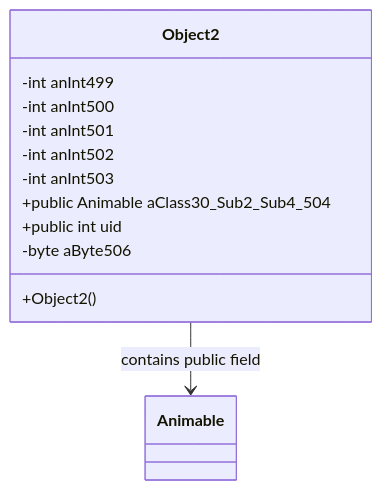
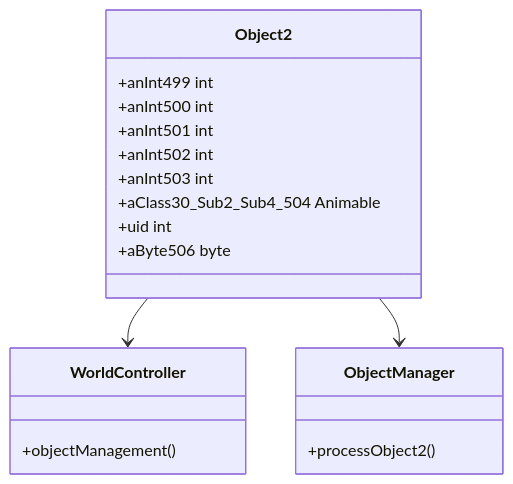
One commit to daxxog/solmud changed the diagram in bytecode/mapping/evidence/verified/Object2_OFQAEXFV.md. Above: the diagram before and after it, drawn with Mermaid. The commit also changed other lines of this file and 6 other files, not shown here.

````diff
--- a/bytecode/mapping/evidence/verified/Object2_OFQAEXFV.md
+++ b/bytecode/mapping/evidence/verified/Object2_OFQAEXFV.md
@@ -16,13 +17,15 @@
 ```mermaid
 classDiagram
-    Object2 --> Animable : contains public field
-    Object2 : +Object2()
-    Object2 : -int anInt499
-    Object2 : -int anInt500
-    Object2 : -int anInt501
-    Object2 : -int anInt502
-    Object2 : -int anInt503
-    Object2 : +public Animable aClass30_Sub2_Sub4_504
-    Object2 : +public int uid
-    Object2 : -byte aByte506
+    Object2 --> WorldController
+    Object2 --> ObjectManager
+    WorldController : +objectManagement()
+    ObjectManager : +processObject2()
+    Object2 : +anInt499 int
+    Object2 : +anInt500 int
+    Object2 : +anInt501 int
+    Object2 : +anInt502 int
+    Object2 : +anInt503 int
+    Object2 : +aClass30_Sub2_Sub4_504 Animable
+    Object2 : +uid int
+    Object2 : +aByte506 byte
 ```
````
